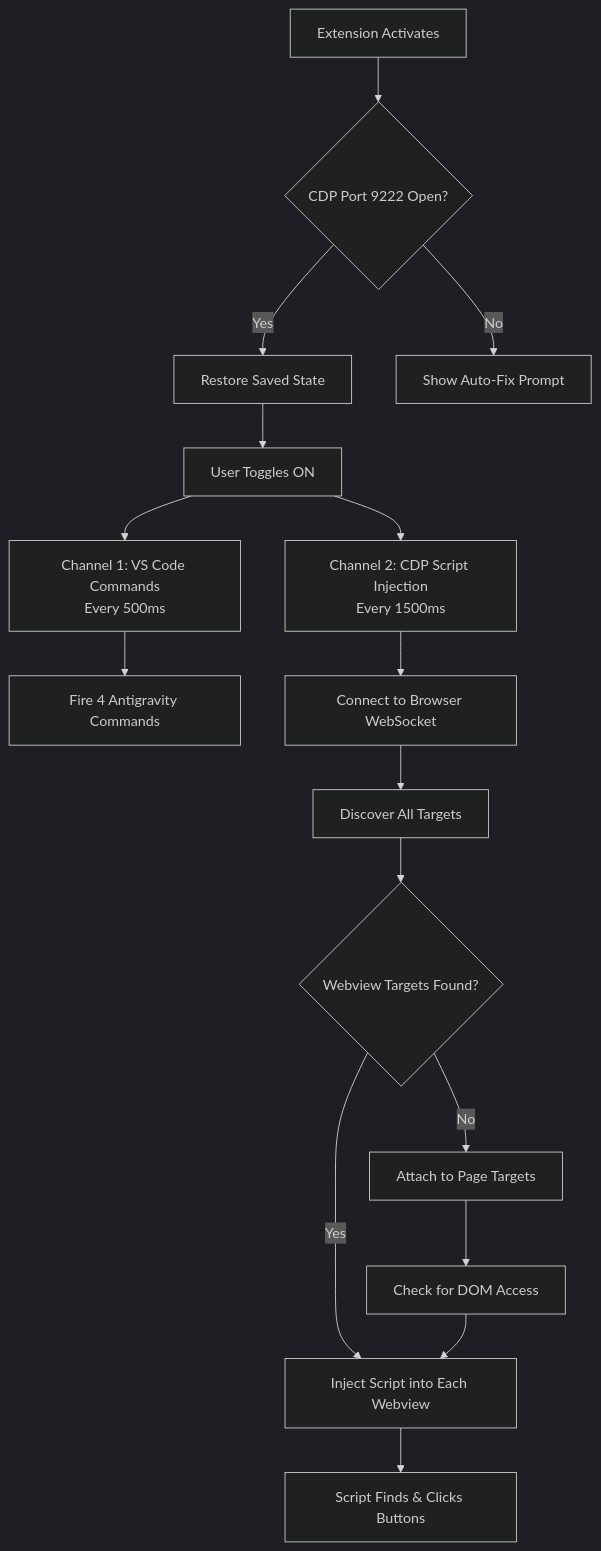
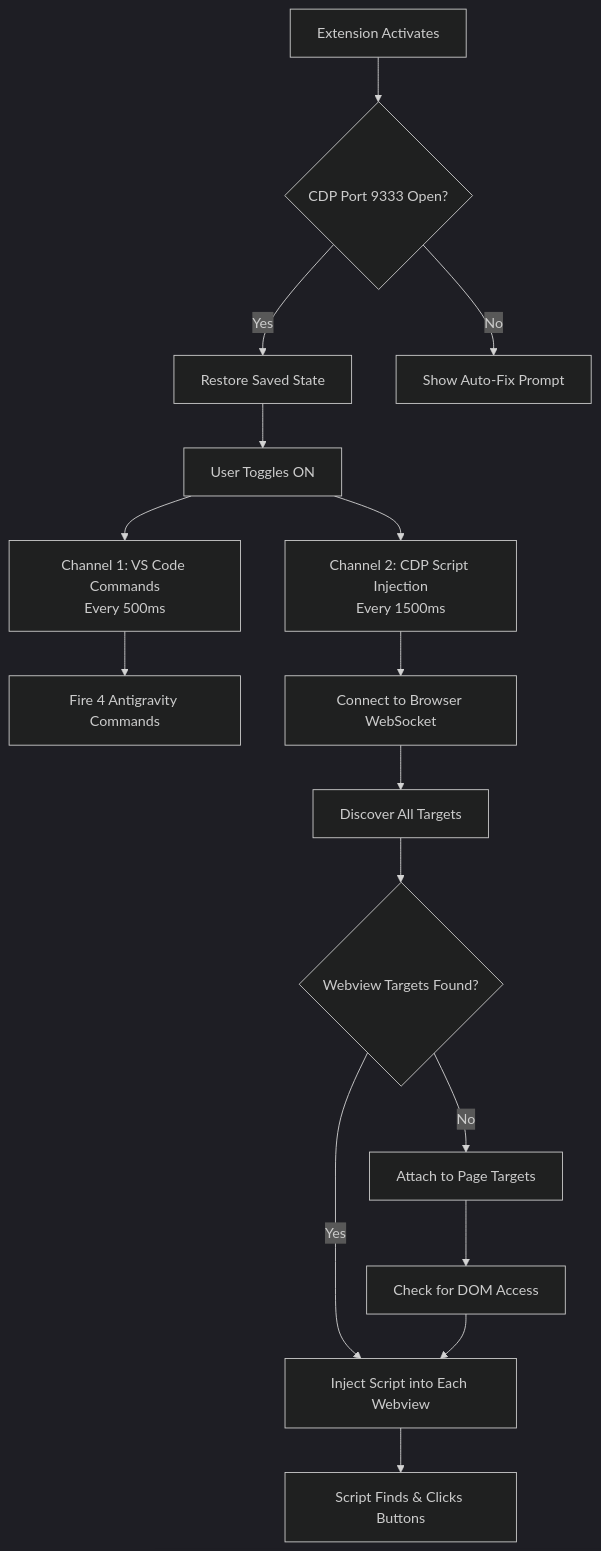
One commit to yazanbaker94/AntiGravity-AutoAccept changed the diagram in ANALYSIS.md. Above: the diagram before and after it, drawn with Mermaid (dark theme). The commit also changed other lines of this file and 4 other files, not shown here.

````diff
--- a/ANALYSIS.md
+++ b/ANALYSIS.md
@@ -13,18 +13,18 @@
 ```mermaid
 graph TD
-    A[Extension Activates] --> B{CDP Port 9222 Open?}
+    A[Extension Activates] --> B{CDP Port 9333 Open?}
     B -->|Yes| C[Restore Saved State]
     B -->|No| D[Show Auto-Fix Prompt]
     C --> E[User Toggles ON]
     E --> F[Channel 1: VS Code Commands<br/>Every 500ms]
     E --> G[Channel 2: CDP Script Injection<br/>Every 1500ms]
     F --> H[Fire 4 Antigravity Commands]
     G --> I[Connect to Browser WebSocket]
     I --> J[Discover All Targets]
     J --> K{Webview Targets Found?}
     K -->|Yes| L[Inject Script into Each Webview]
     K -->|No| M[Attach to Page Targets]
     M --> N[Check for DOM Access]
     N --> L
     L --> O[Script Finds & Clicks Buttons]
 ```
````
